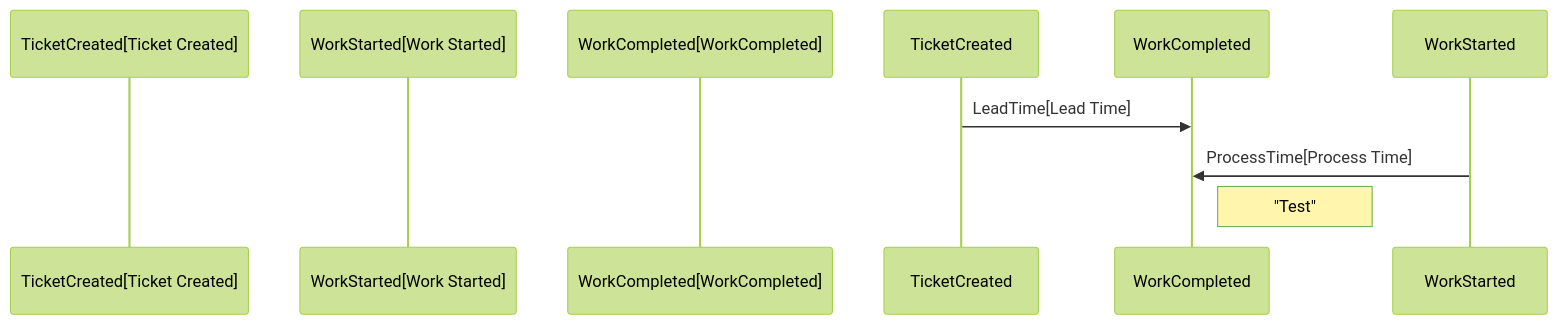
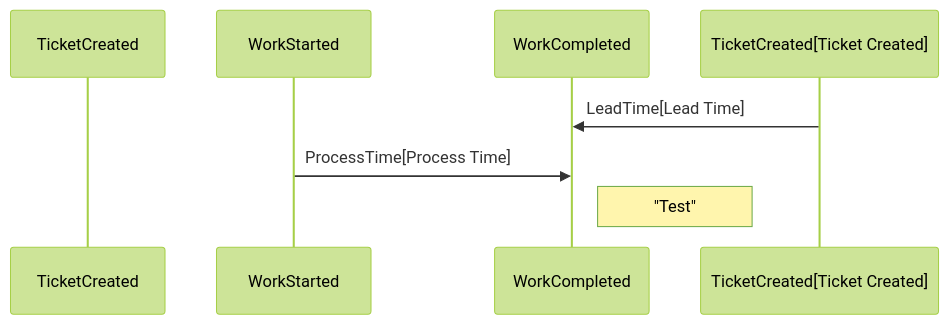
Before and after one commit to wayofthepie/notes: the second of 2 diagrams in books/the_devops_handbook.md, drawn with Mermaid (forest theme).

Commit message:
Update diagram

````diff
--- a/books/the_devops_handbook.md
+++ b/books/the_devops_handbook.md
@@ -20,10 +20,10 @@
 ```mermaid
 %%{init: { 'sequence': {'messageAlign': 'left'} }}%%
 sequenceDiagram
-    participant TicketCreated[Ticket Created]
-    participant WorkStarted[Work Started]
-    participant WorkCompleted[WorkCompleted]
-    TicketCreated->>WorkCompleted: LeadTime[Lead Time]
+    participant TicketCreated
+    participant WorkStarted
+    participant WorkCompleted
+    TicketCreated[Ticket Created]->>WorkCompleted: LeadTime[Lead Time]
     WorkStarted->>WorkCompleted: ProcessTime[Process Time]
     Note right of WorkCompleted: "Test"
 ```
````
